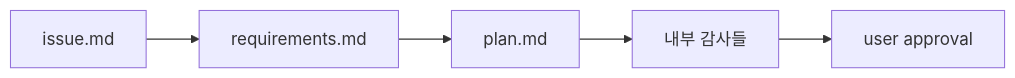
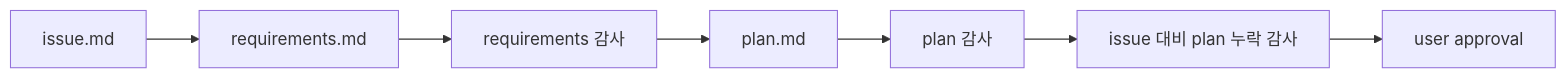
One commit to JisungValue/harness-kit changed the third of 8 diagrams in README.md. Above: the diagram before and after it, drawn with Mermaid. The commit also changed other lines of this file, not shown here.

Commit message:
clarify README adoption and phase flow

````diff
--- a/README.md
+++ b/README.md
@@ -95,7 +66,9 @@
 ```mermaid
 flowchart LR
     A[issue.md] --> B[requirements.md]
-    B --> C[plan.md]
-    C --> D[내부 감사들]
-    D --> E[user approval]
+    B --> C[requirements 감사]
+    C --> D[plan.md]
+    D --> E[plan 감사]
+    E --> F[issue 대비 plan 누락 감사]
+    F --> G[user approval]
 ```
````
